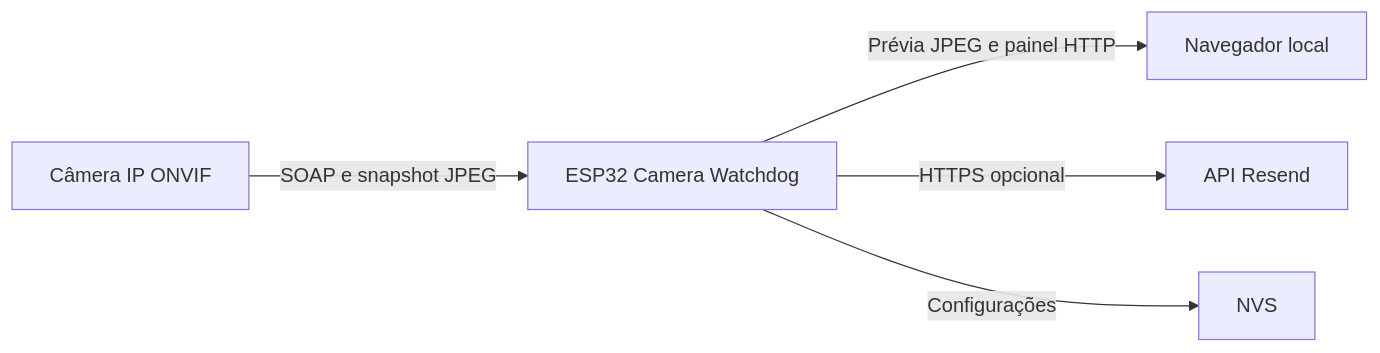
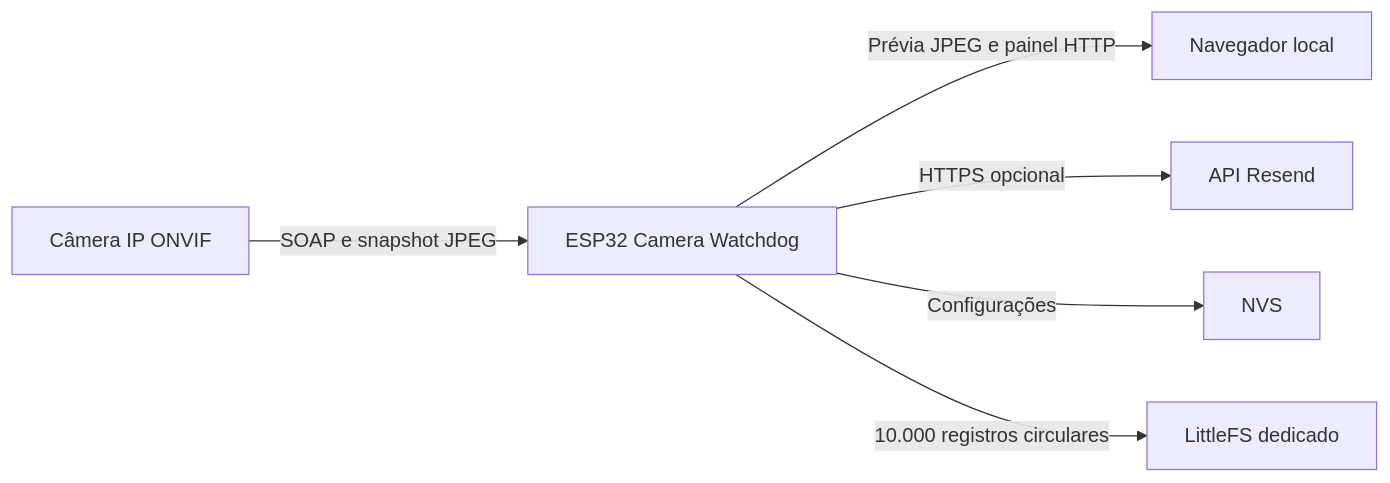
Before and after one commit to devAlphaSystem/ESP32-Cam-Monitor: the diagram in README.md, drawn with Mermaid. The commit also changed other lines of this file and 7 other files, not shown here.

````diff
--- a/README.md
+++ b/README.md
@@ -31,7 +35,8 @@
 ```mermaid
 flowchart LR
     CAMERA[Câmera IP ONVIF] -->|SOAP e snapshot JPEG| ESP[ESP32 Camera Watchdog]
     ESP -->|Prévia JPEG e painel HTTP| BROWSER[Navegador local]
     ESP -->|HTTPS opcional| RESEND[API Resend]
     ESP -->|Configurações| NVS[NVS]
+    ESP -->|10.000 registros circulares| LOGS[LittleFS dedicado]
 ```
````
